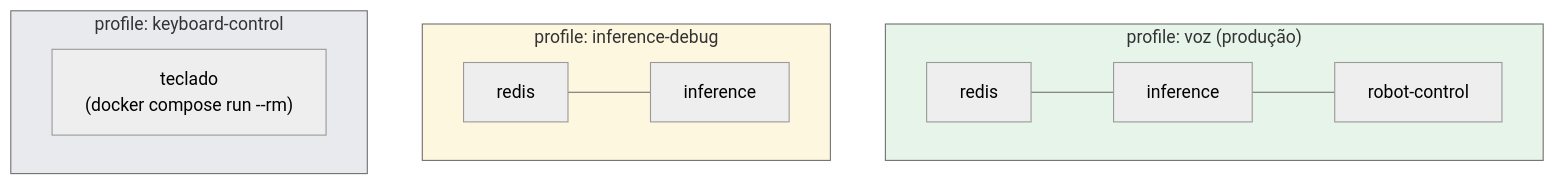
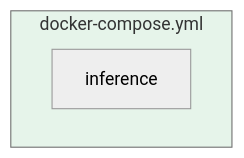
Before and after one commit to samuelZ20/go2-server: the diagram in organograms/docker_compose_profiles.md, drawn with Mermaid (neutral theme). The commit also changed other lines of this file and 11 other files, not shown here.

Commit message:
Remove robot_control/e Redis do escopo

````diff
--- a/organograms/docker_compose_profiles.md
+++ b/organograms/docker_compose_profiles.md
@@ -7,20 +5,8 @@
 ```mermaid
 flowchart TB
-    subgraph voz["profile: voz (produção)"]
-        direction LR
-        R1["redis"] --- I1["inference"] --- RC1["robot-control"]
+    subgraph compose["docker-compose.yml"]
+        I1["inference"]
     end
 
-    subgraph debug["profile: inference-debug"]
-        direction LR
-        R2["redis"] --- I2["inference"]
-    end
-
-    subgraph keyboard["profile: keyboard-control"]
-        T1["teclado\n(docker compose run --rm)"]
-    end
-
-    style voz fill:#e6f4ea
-    style debug fill:#fef7e0
-    style keyboard fill:#e8eaed
+    style compose fill:#e6f4ea
 ```
````
